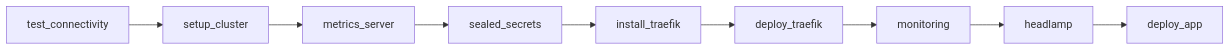
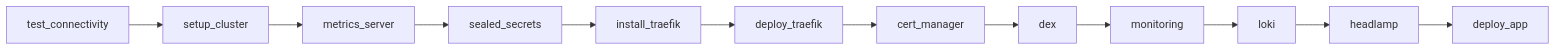
The second of 2 diagrams in docs/ansible.md (PikPakPik/T-CLO-902-NAN_1), drawn with Mermaid before and after one commit. The commit also changed other lines of this file and 29 other files, not shown here.

````diff
--- a/docs/ansible.md
+++ b/docs/ansible.md
@@ -131,6 +134,7 @@
 ```mermaid
 flowchart LR
     a[test_connectivity] --> b[setup_cluster] --> c[metrics_server]
     c --> d[sealed_secrets] --> e[install_traefik] --> f[deploy_traefik]
-    f --> g[monitoring] --> h[headlamp] --> i[deploy_app]
+    f --> g[cert_manager] --> h[dex] --> i[monitoring]
+    i --> j[loki] --> k[headlamp] --> l[deploy_app]
 ```
````
